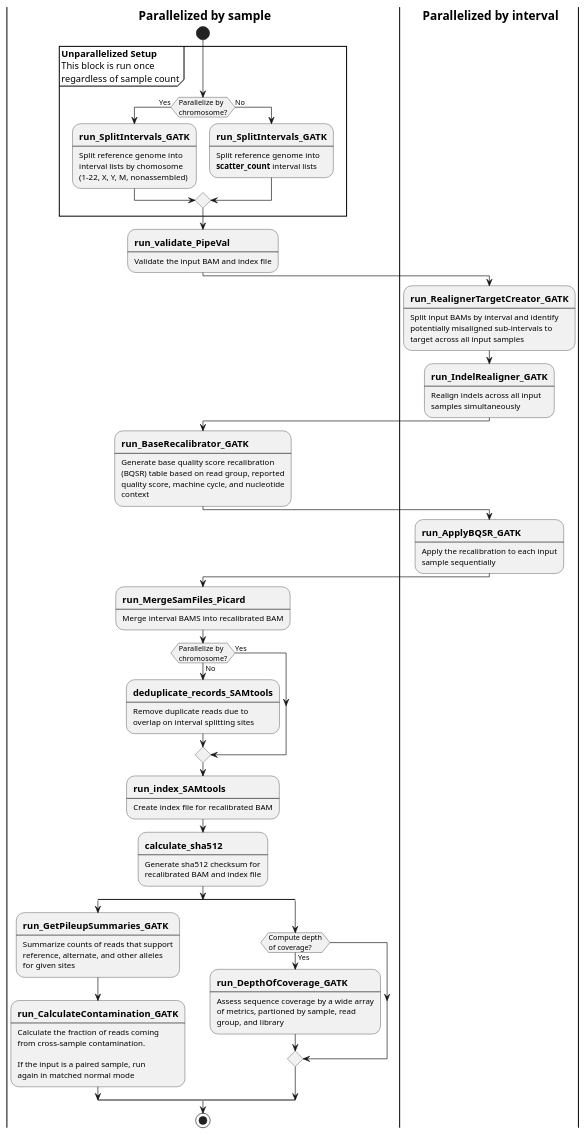
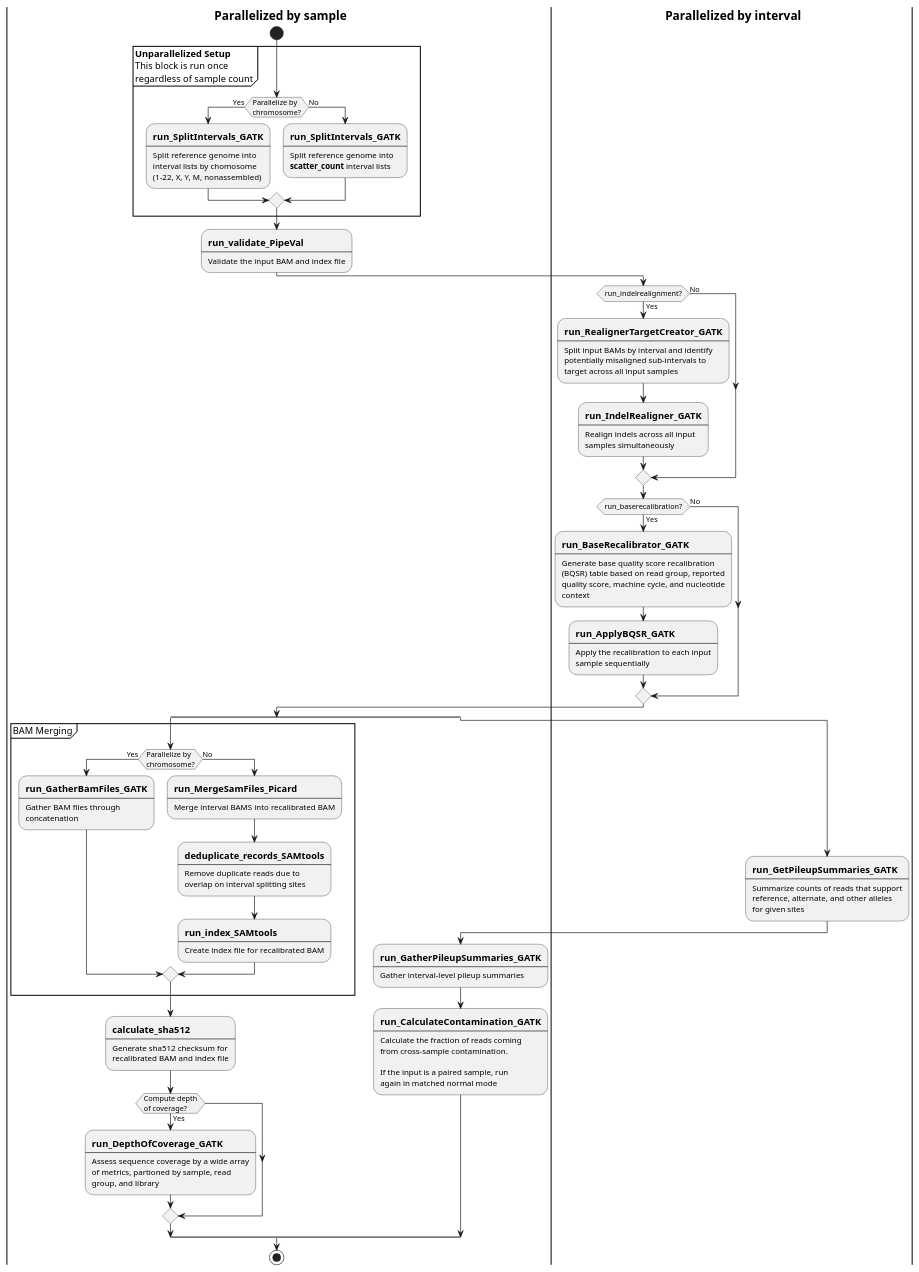
The diagram in docs/recalibrate-bam-flow.puml (uclahs-cds/pipeline-recalibrate-BAM), drawn with PlantUML before and after one commit.

Commit message:
Update diagram

```diff
--- a/docs/recalibrate-bam-flow.puml
+++ b/docs/recalibrate-bam-flow.puml
@@ -1,113 +1,127 @@
 @startuml
 
 skinparam SwimlaneTitleFontStyle bold
 
 
 |s| Parallelized by sample
 |i| Parallelized by interval
 
 
 |s|
 
 start
 
 partition "**Unparallelized Setup**\nThis block is run once\nregardless of sample count" {
     if (Parallelize by\nchromosome?) is (Yes) then
         :==run_SplitIntervals_GATK
         ----
         Split reference genome into
         interval lists by chomosome
         (1-22, X, Y, M, nonassembled);
     else (No)
         :==run_SplitIntervals_GATK
         ----
         Split reference genome into
         **scatter_count** interval lists;
     endif
 }
 
 :==run_validate_PipeVal
 ----
 Validate the input BAM and index file;
 
 
 |i|
+if (run_indelrealignment?) is (Yes) then
+    :==run_RealignerTargetCreator_GATK
+    ----
+    Split input BAMs by interval and identify
+    potentially misaligned sub-intervals to
+    target across all input samples;
 
-:==run_RealignerTargetCreator_GATK
-----
-Split input BAMs by interval and identify
-potentially misaligned sub-intervals to
-target across all input samples;
+    :==run_IndelRealigner_GATK
+    ----
+    Realign indels across all input
+    samples simultaneously;
+else (No)
+endif
 
-:==run_IndelRealigner_GATK
-----
-Realign indels across all input
-samples simultaneously;
+if (run_baserecalibration?) is (Yes) then
+    :==run_BaseRecalibrator_GATK
+    ----
+    Generate base quality score recalibration
+    (BQSR) table based on read group, reported
+    quality score, machine cycle, and nucleotide
+    context;
+
+    :==run_ApplyBQSR_GATK
+    ----
+    Apply the recalibration to each input
+    sample sequentially;
+else (No)
+endif
 
 |s|
+split
+    partition "BAM Merging" {
+        if (Parallelize by\nchromosome?) is (Yes) then
+            :==run_GatherBamFiles_GATK
+            ----
+            Gather BAM files through
+            concatenation;
+        else (No)
+            :==run_MergeSamFiles_Picard
+            ----
+            Merge interval BAMS into recalibrated BAM;
 
-:==run_BaseRecalibrator_GATK
-----
-Generate base quality score recalibration
-(BQSR) table based on read group, reported
-quality score, machine cycle, and nucleotide
-context;
+            :==deduplicate_records_SAMtools
+            ----
+            Remove duplicate reads due to 
+            overlap on interval splitting sites;
 
-|i|
+            :==run_index_SAMtools
+            ----
+            Create index file for recalibrated BAM;
+        endif
+    }
 
-:==run_ApplyBQSR_GATK
-----
-Apply the recalibration to each input
-sample sequentially;
+    :==calculate_sha512
+    ----
+    Generate sha512 checksum for
+    recalibrated BAM and index file;
 
-|s|
-
-:==run_MergeSamFiles_Picard
-----
-Merge interval BAMS into recalibrated BAM;
-
-if (Parallelize by\nchromosome?) is (No) then
-    :==deduplicate_records_SAMtools
-    ----
-    Remove duplicate reads due to 
-    overlap on interval splitting sites;
-else (Yes)
-endif
-
-:==run_index_SAMtools
-----
-Create index file for recalibrated BAM;
-
-:==calculate_sha512
-----
-Generate sha512 checksum for
-recalibrated BAM and index file;
-
-split
+    if (Compute depth\nof coverage?) is (Yes) then
+        :==run_DepthOfCoverage_GATK
+        ----
+        Assess sequence coverage by a wide array
+        of metrics, partioned by sample, read
+        group, and library;
+    endif
+split again
+    |i|
+    
     :==run_GetPileupSummaries_GATK
     ----
     Summarize counts of reads that support
     reference, alternate, and other alleles
     for given sites;
+
+    |s|
+
+    :==run_GatherPileupSummaries_GATK
+    ----
+    Gather interval-level pileup summaries;
 
     :==run_CalculateContamination_GATK
     ----
     Calculate the fraction of reads coming
     from cross-sample contamination.
 
     If the input is a paired sample, run
     again in matched normal mode;
-split again
-    if (Compute depth\nof coverage?) is (Yes) then
-        :==run_DepthOfCoverage_GATK
-        ----
-        Assess sequence coverage by a wide array
-        of metrics, partioned by sample, read
-        group, and library;
-    endif
 end split
 
 stop
 
 
 @enduml
```
